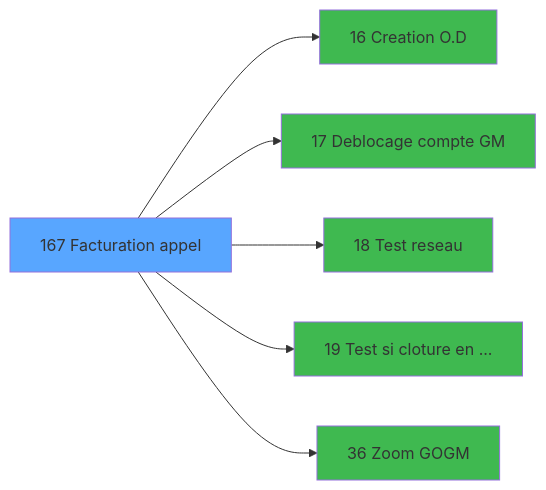
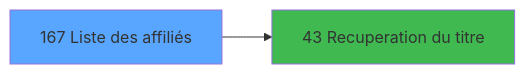
Before and after one commit to thonyAGP/lecteur-magic: the third of 3 diagrams in .openspec/specs/ADH-IDE-167.md, drawn with Mermaid. The commit also changed other lines of this file and 493 other files, not shown here.

````diff
--- a/.openspec/specs/ADH-IDE-167.md
+++ b/.openspec/specs/ADH-IDE-167.md
@@ -389,20 +683,8 @@
 ```mermaid
 graph LR
-    T167[167 Facturation appel]
+    T167[167 Liste des affiliés]
     style T167 fill:#58a6ff
-    C16[16 Creation O.D]
-    T167 --> C16
-    style C16 fill:#3fb950
-    C17[17 Deblocage compte GM]
-    T167 --> C17
-    style C17 fill:#3fb950
-    C18[18 Test reseau]
-    T167 --> C18
-    style C18 fill:#3fb950
-    C19[19 Test si cloture en ...]
-    T167 --> C19
-    style C19 fill:#3fb950
-    C36[36 Zoom GOGM]
-    T167 --> C36
-    style C36 fill:#3fb950
+    C43[43 Recuperation du titre]
+    T167 --> C43
+    style C43 fill:#3fb950
 ```
````
